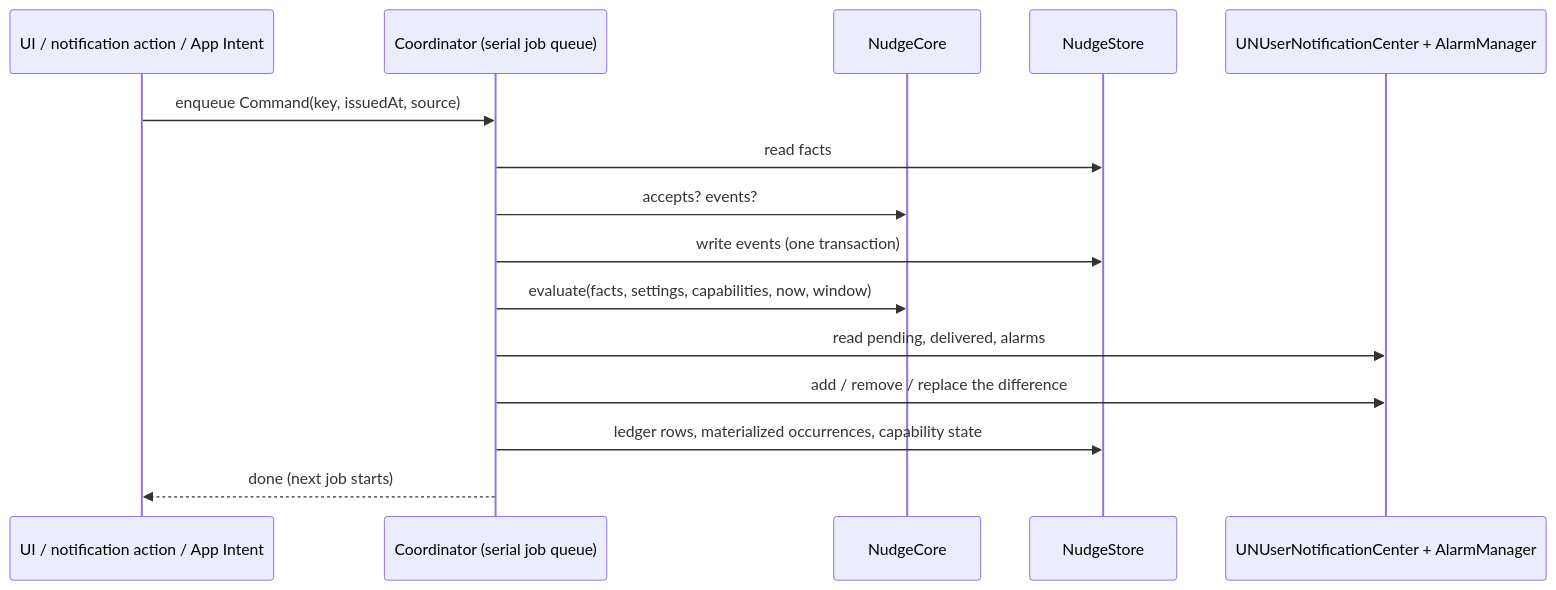
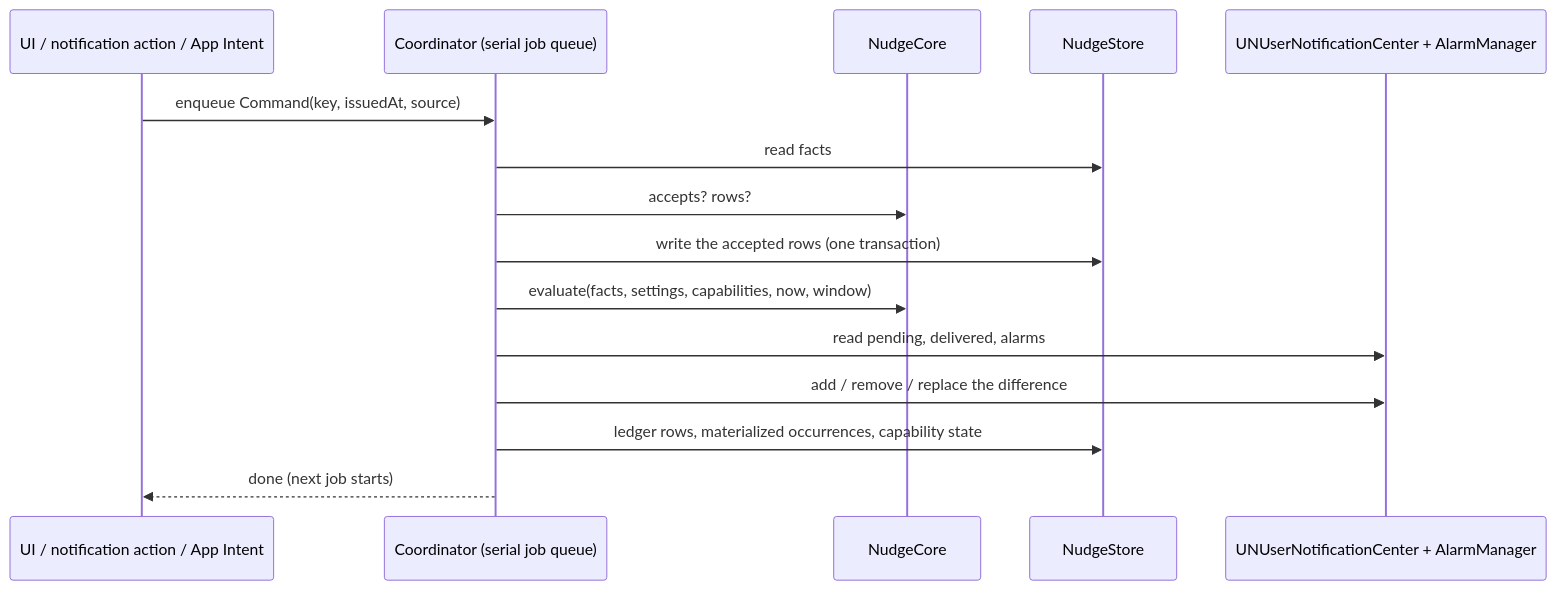
The third of 4 diagrams in docs/architecture/ARCHITECTURE-SPINE.md (New-Reality-Interactive/nudge-inator), drawn with Mermaid before and after one commit. The commit also changed other lines of this file, not shown here.

Commit message:
Match the sequence diagram and tree to AD-4 and Testing
The sequence diagram still had the command job writing "events", but it
writes every row accepts returns. The tree still described CI as
"engine tests and simulator tests", but every test now runs on the
simulators.

````diff
--- a/docs/architecture/ARCHITECTURE-SPINE.md
+++ b/docs/architecture/ARCHITECTURE-SPINE.md
@@ -366,17 +366,17 @@
 ```mermaid
 sequenceDiagram
   participant Src as UI / notification action / App Intent
   participant Q as Coordinator (serial job queue)
   participant Core as NudgeCore
   participant DB as NudgeStore
   participant OS as UNUserNotificationCenter + AlarmManager
   Src->>Q: enqueue Command(key, issuedAt, source)
   Q->>DB: read facts
-  Q->>Core: accepts? events?
-  Q->>DB: write events (one transaction)
+  Q->>Core: accepts? rows?
+  Q->>DB: write the accepted rows (one transaction)
   Q->>Core: evaluate(facts, settings, capabilities, now, window)
   Q->>OS: read pending, delivered, alarms
   Q->>OS: add / remove / replace the difference
   Q->>DB: ledger rows, materialized occurrences, capability state
   Q-->>Src: done (next job starts)
 ```
````
